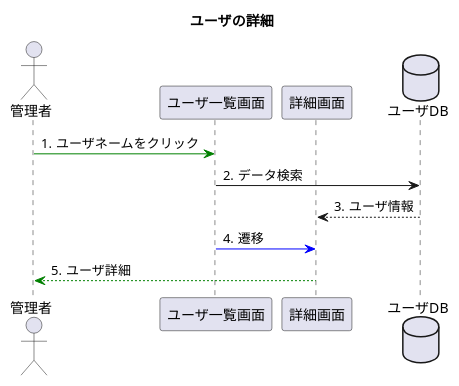
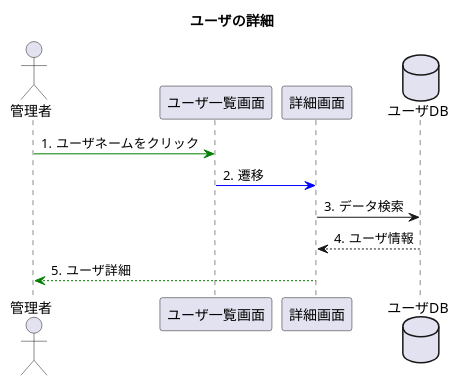
The diagram in uml/seq_detail.pu (toufu66/ProjectC), drawn with PlantUML before and after one commit.

Commit message:
シーケンス図 ユーザ詳細画面

```diff
--- a/uml/seq_detail.pu
+++ b/uml/seq_detail.pu
@@ -1,18 +1,18 @@
 @startuml
 title ユーザの詳細
 
 autonumber "#."
 
 actor 管理者
 participant ユーザ一覧画面
 participant 詳細画面
 database ユーザDB
 
 管理者 -[#green]> ユーザ一覧画面:ユーザネームをクリック
+ユーザ一覧画面 -[#blue]> 詳細画面:遷移
+詳細画面 -> ユーザDB:データ検索
+ユーザDB --> 詳細画面:ユーザ情報
 
-ユーザ一覧画面 -> ユーザDB:データ検索
-ユーザDB --> 詳細画面:ユーザ情報
-ユーザ一覧画面 -[#blue]> 詳細画面:遷移
 詳細画面 --[#green]> 管理者:ユーザ詳細
 
 @enduml
```
